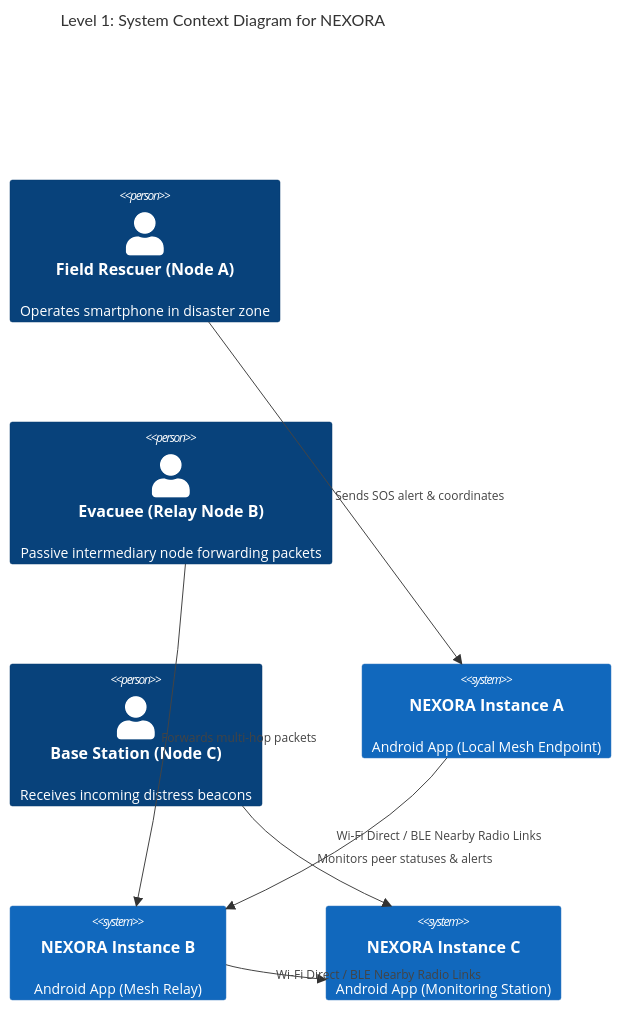
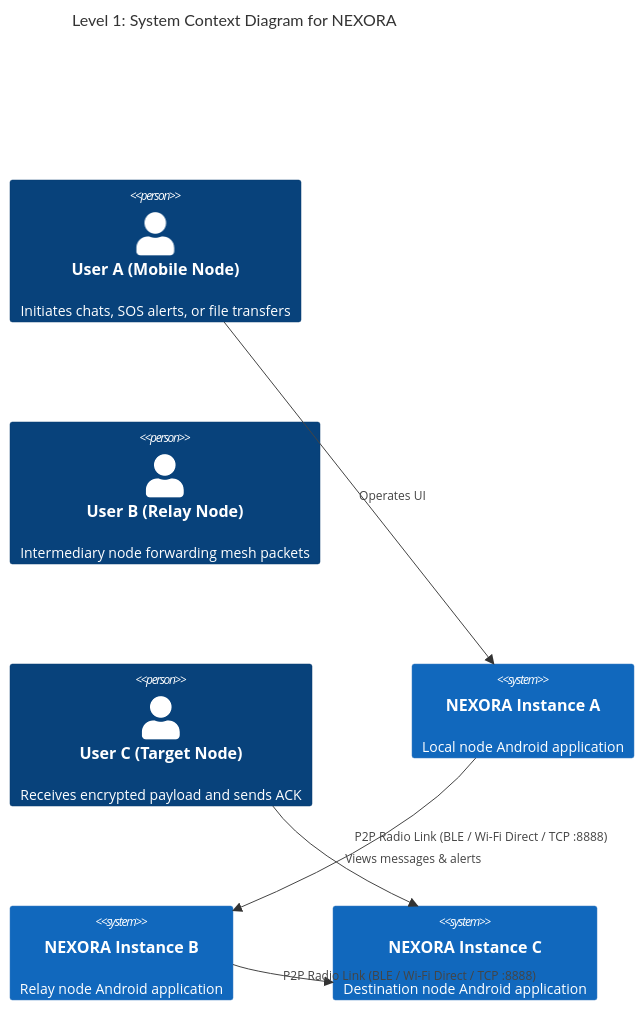
Before and after one commit to prem-000/Nexora: the first of 6 diagrams in docs/arch.md, drawn with Mermaid. The commit also changed other lines of this file and 8 other files, not shown here.

````diff
--- a/docs/arch.md
+++ b/docs/arch.md
@@ -64,18 +27,17 @@
 ```mermaid
 C4Context
     title Level 1: System Context Diagram for NEXORA
-    Person(rescuerA, "Field Rescuer (Node A)", "Operates smartphone in disaster zone")
-    Person(relayNode, "Evacuee (Relay Node B)", "Passive intermediary node forwarding packets")
-    Person(commandNode, "Base Station (Node C)", "Receives incoming distress beacons")
 
-    System(appA, "NEXORA Instance A", "Android App (Local Mesh Endpoint)")
-    System(appB, "NEXORA Instance B", "Android App (Mesh Relay)")
-    System(appC, "NEXORA Instance C", "Android App (Monitoring Station)")
+    Person(userA, "User A (Mobile Node)", "Initiates chats, SOS alerts, or file transfers")
+    Person(userB, "User B (Relay Node)", "Intermediary node forwarding mesh packets")
+    Person(userC, "User C (Target Node)", "Receives encrypted payload and sends ACK")
 
-    Rel(rescuerA, appA, "Sends SOS alert & coordinates")
-    Rel(relayNode, appB, "Forwards multi-hop packets")
-    Rel(commandNode, appC, "Monitors peer statuses & alerts")
+    System(nexoraA, "NEXORA Instance A", "Local node Android application")
+    System(nexoraB, "NEXORA Instance B", "Relay node Android application")
+    System(nexoraC, "NEXORA Instance C", "Destination node Android application")
 
-    Rel(appA, appB, "Wi-Fi Direct / BLE Nearby Radio Links")
-    Rel(appB, appC, "Wi-Fi Direct / BLE Nearby Radio Links")
+    Rel(userA, nexoraA, "Operates UI")
+    Rel(userC, nexoraC, "Views messages & alerts")
+    Rel(nexoraA, nexoraB, "P2P Radio Link (BLE / Wi-Fi Direct / TCP :8888)")
+    Rel(nexoraB, nexoraC, "P2P Radio Link (BLE / Wi-Fi Direct / TCP :8888)")
 ```
````
